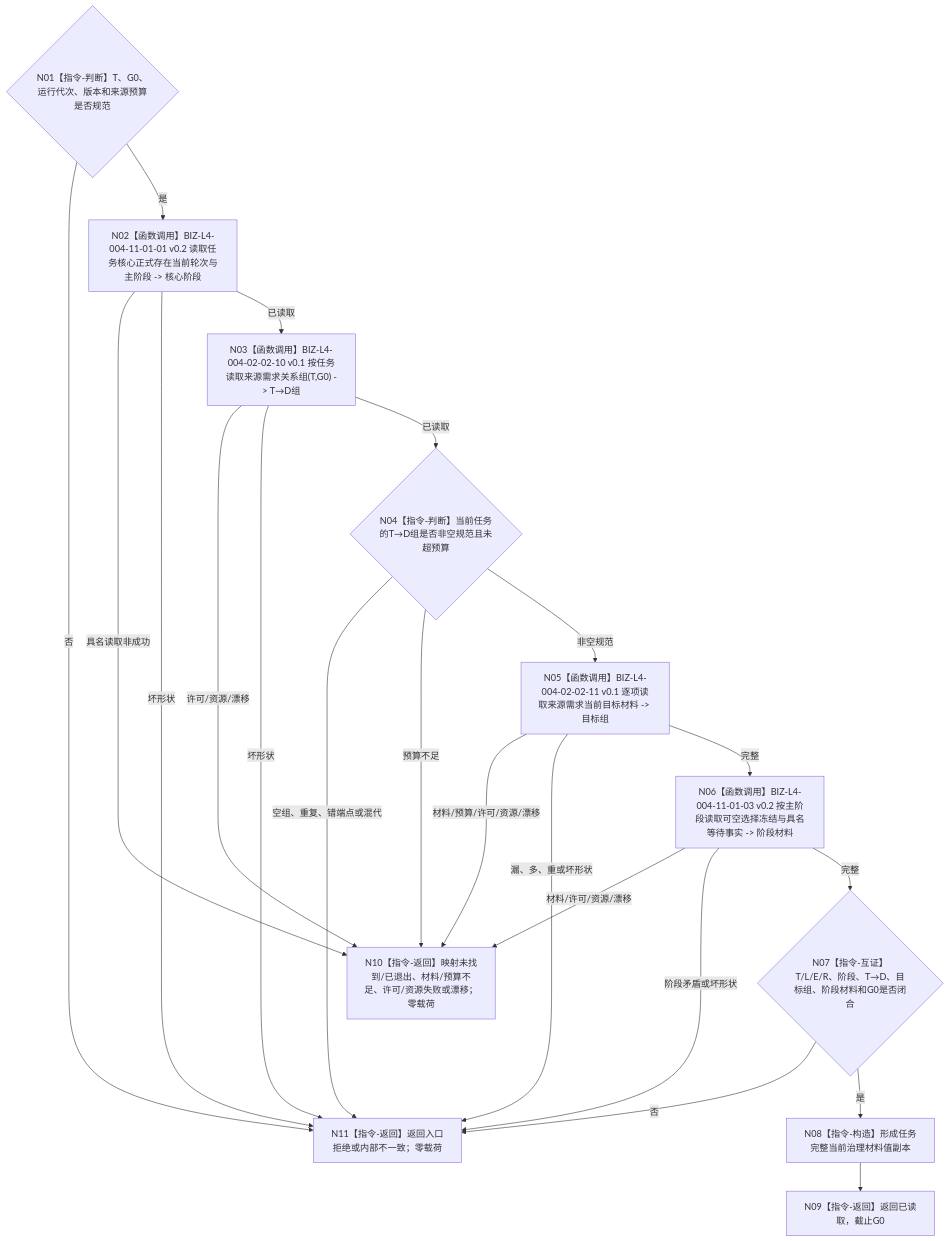
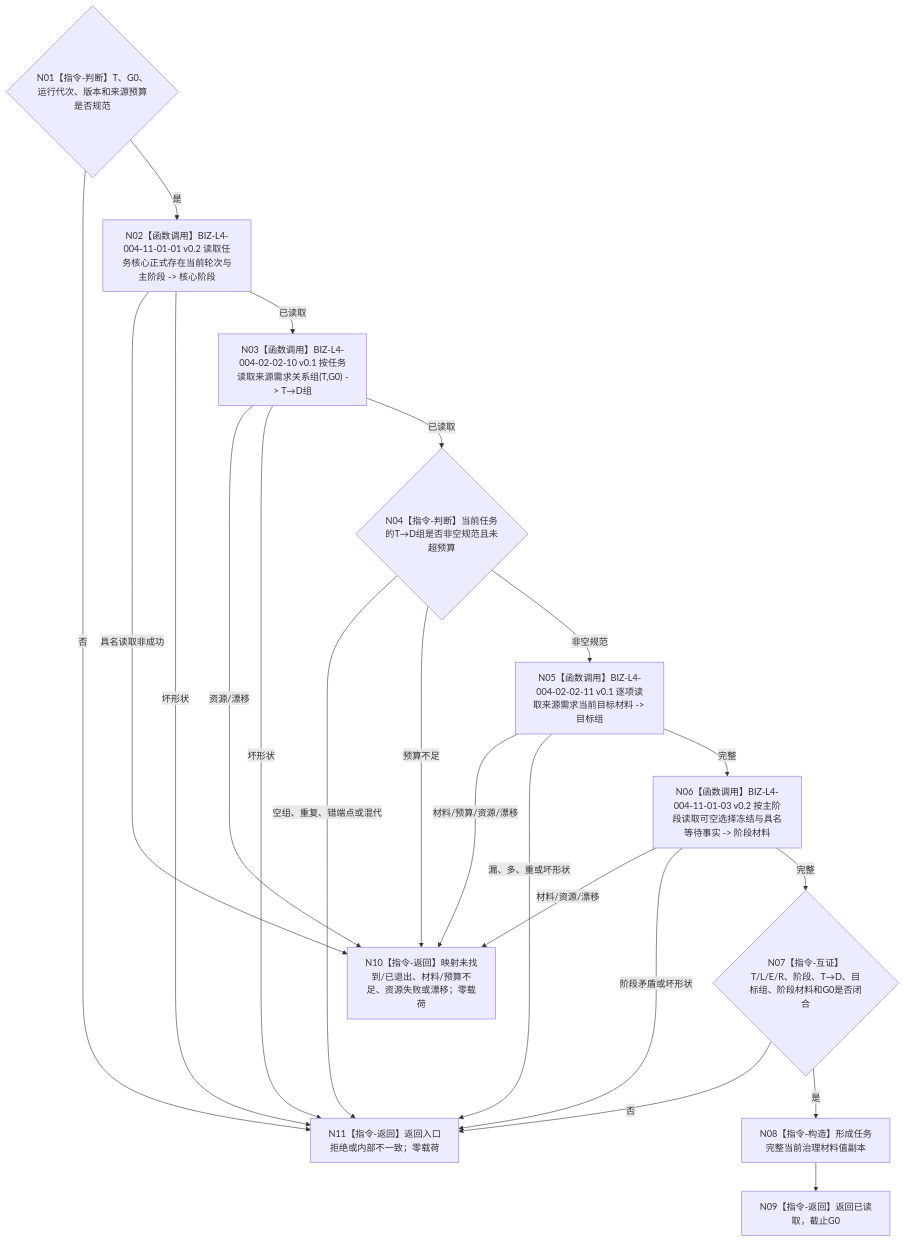
One commit to chunhaizh-cyber/HY-Ego changed the diagram in 流程图/目标业务流程图/L3/BIZ-L3-004-11-01_读取任务完整当前治理材料_目标函数流程图_v0.2.md. Above: the diagram before and after it, drawn with Mermaid. The commit also changed other lines of this file and 14 other files, not shown here.

````diff
--- a/流程图/目标业务流程图/L3/BIZ-L3-004-11-01_读取任务完整当前治理材料_目标函数流程图_v0.2.md
+++ b/流程图/目标业务流程图/L3/BIZ-L3-004-11-01_读取任务完整当前治理材料_目标函数流程图_v0.2.md
@@ -35,34 +35,34 @@
 ```mermaid
 flowchart TD
     N01{"N01【指令-判断】T、G0、运行代次、版本和来源预算是否规范"}
     N02["N02【函数调用】BIZ-L4-004-11-01-01 v0.2 读取任务核心正式存在当前轮次与主阶段 -> 核心阶段"]
     N03["N03【函数调用】BIZ-L4-004-02-02-10 v0.1 按任务读取来源需求关系组(T,G0) -> T→D组"]
     N04{"N04【指令-判断】当前任务的T→D组是否非空规范且未超预算"}
     N05["N05【函数调用】BIZ-L4-004-02-02-11 v0.1 逐项读取来源需求当前目标材料 -> 目标组"]
     N06["N06【函数调用】BIZ-L4-004-11-01-03 v0.2 按主阶段读取可空选择冻结与具名等待事实 -> 阶段材料"]
     N07{"N07【指令-互证】T/L/E/R、阶段、T→D、目标组、阶段材料和G0是否闭合"}
     N08["N08【指令-构造】形成任务完整当前治理材料值副本"]
     N09["N09【指令-返回】返回已读取，截止G0"]
-    N10["N10【指令-返回】映射未找到/已退出、材料/预算不足、许可/资源失败或漂移；零载荷"]
+    N10["N10【指令-返回】映射未找到/已退出、材料/预算不足、资源失败或漂移；零载荷"]
     N11["N11【指令-返回】返回入口拒绝或内部不一致；零载荷"]
 
     N01 -->|否| N11
     N01 -->|是| N02
     N02 -->|具名读取非成功| N10
     N02 -->|坏形状| N11
     N02 -->|已读取| N03
-    N03 -->|许可/资源/漂移| N10
+    N03 -->|资源/漂移| N10
     N03 -->|坏形状| N11
     N03 -->|已读取| N04
     N04 -->|空组、重复、错端点或混代| N11
     N04 -->|预算不足| N10
     N04 -->|非空规范| N05
-    N05 -->|材料/预算/许可/资源/漂移| N10
+    N05 -->|材料/预算/资源/漂移| N10
     N05 -->|漏、多、重或坏形状| N11
     N05 -->|完整| N06
-    N06 -->|材料/许可/资源/漂移| N10
+    N06 -->|材料/资源/漂移| N10
     N06 -->|阶段矛盾或坏形状| N11
     N06 -->|完整| N07
     N07 -->|否| N11
     N07 -->|是| N08 --> N09
 ```
````
